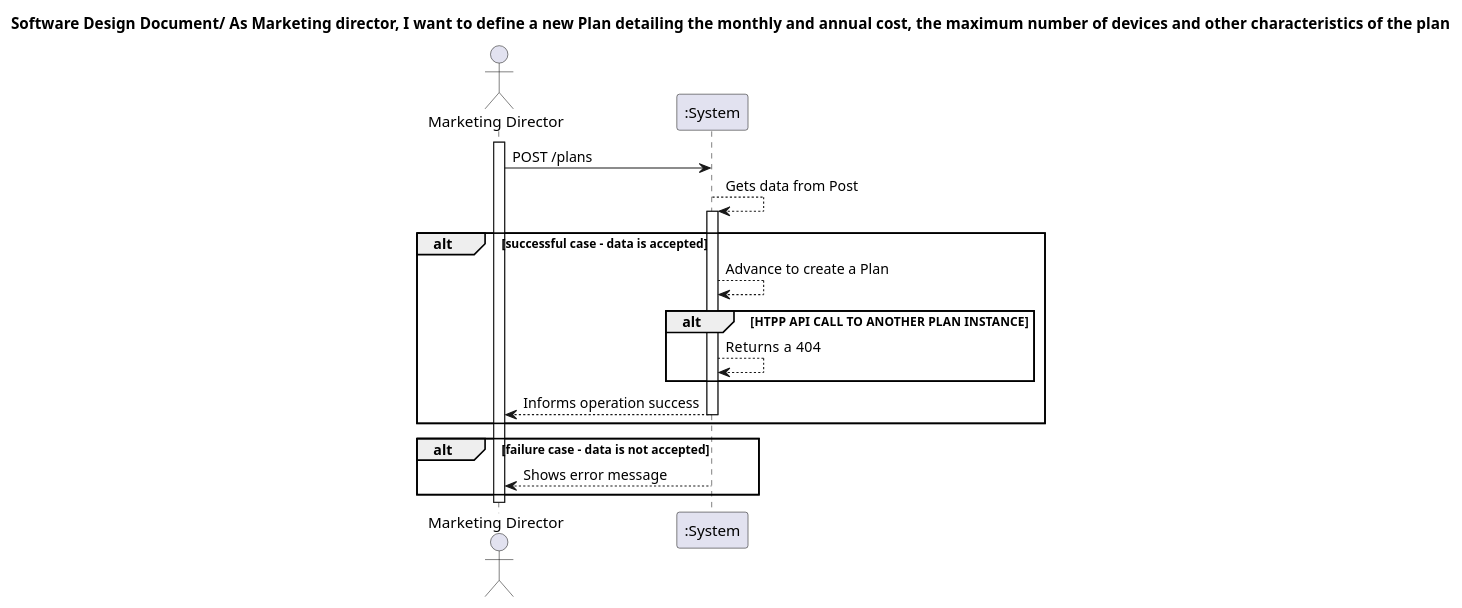
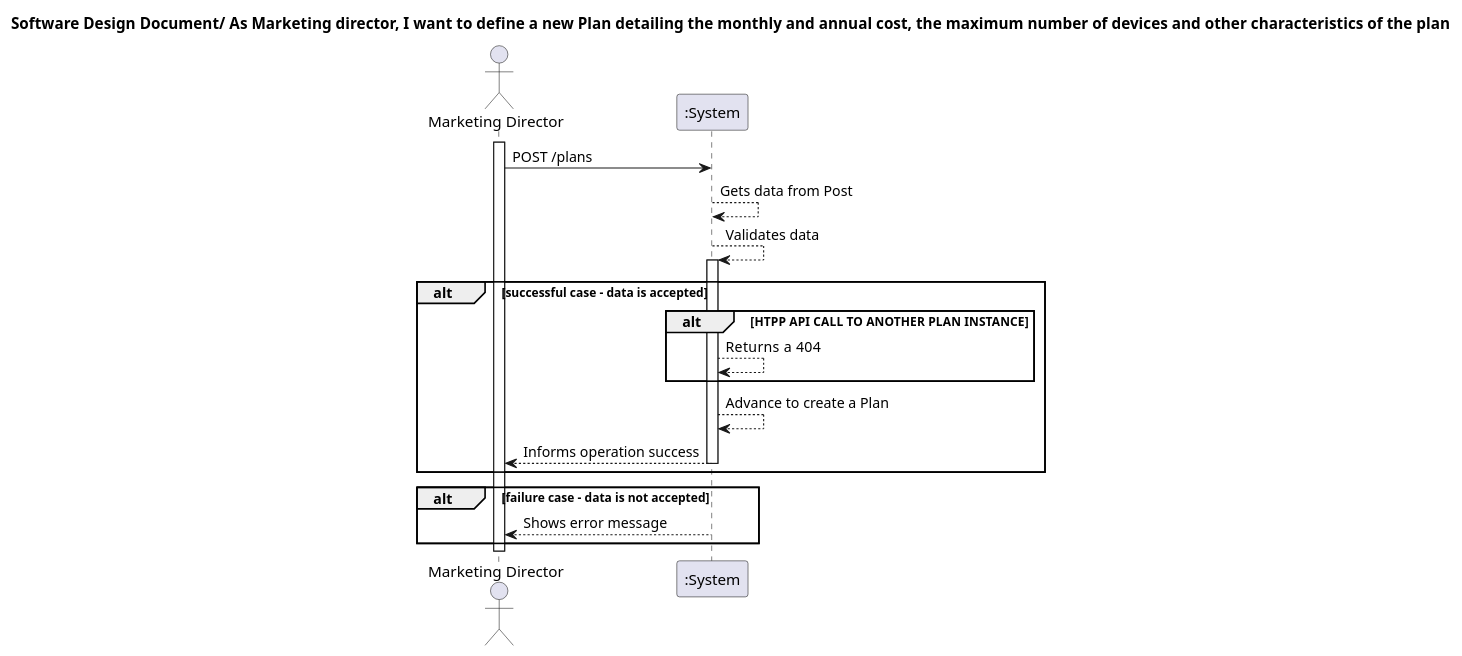
Before and after one commit to IsepMartimOliveira/SIDIS: the diagram in docs_sidis/Plans/WP#1A/US01/SDD.puml, drawn with PlantUML. The commit also changed 12 other files, not shown here.

```diff
--- a/docs_sidis/Plans/WP#1A/US01/SDD.puml
+++ b/docs_sidis/Plans/WP#1A/US01/SDD.puml
@@ -1,27 +1,29 @@
 @startuml
 'https://plantuml.com/sequence-diagram
 actor "Marketing Director" as MD
 title Software Design Document/ As Marketing director, I want to define a new Plan detailing the monthly and annual cost, the maximum number of devices and other characteristics of the plan
 
 activate MD
 MD -> ":System" : POST /plans
 ":System" --> ":System" : Gets data from Post
+":System" --> ":System" : Validates data
 alt successful case - data is accepted
 activate ":System"
-":System" --> ":System" : Advance to create a Plan
 alt HTPP  API CALL TO ANOTHER PLAN INSTANCE
 ":System" --> ":System" :Returns a  404
 end
+":System" --> ":System" : Advance to create a Plan
+
 ":System" --> MD : Informs operation success
 deactivate ":System"
 
 end
 
 alt failure case - data is not accepted
 activate ":System"
 ":System" --> MD : Shows error message
 deactivate ":System"
 
 end
 deactivate MD
 @enduml
```
